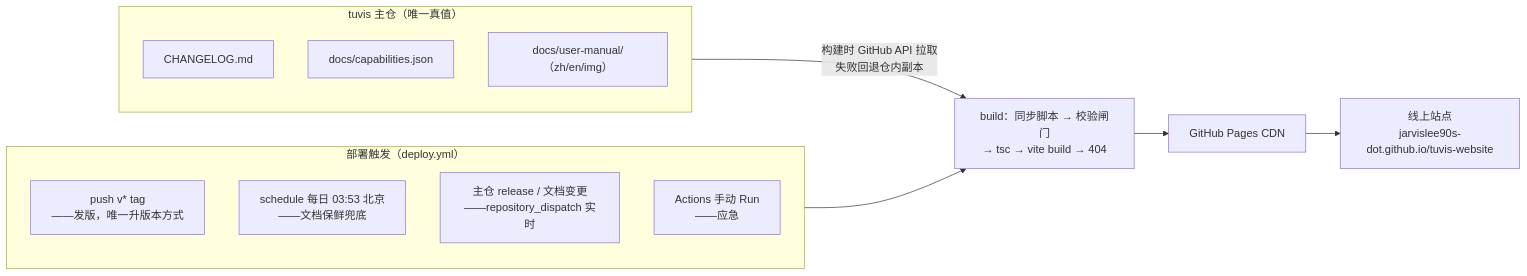
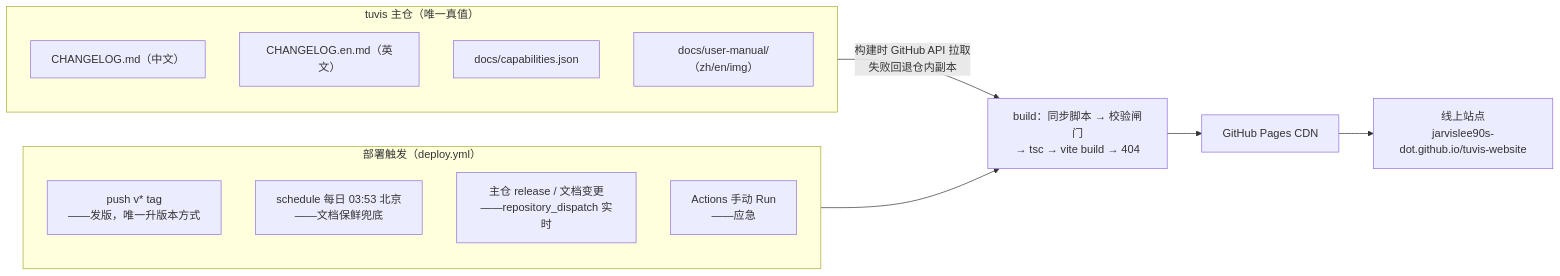
The diagram in README.md (jarvislee90s-dot/tuvis-website), drawn with Mermaid before and after one commit. The commit also changed other lines of this file and 16 other files, not shown here.

````diff
--- a/README.md
+++ b/README.md
@@ -29,18 +29,19 @@
 ```mermaid
 flowchart LR
     subgraph SRC["tuvis 主仓（唯一真值）"]
-        A["CHANGELOG.md"]
+        A["CHANGELOG.md（中文）"]
+        A2["CHANGELOG.en.md（英文）"]
         B["docs/capabilities.json"]
         C["docs/user-manual/（zh/en/img）"]
     end
     subgraph TRIG["部署触发（deploy.yml）"]
         T1["push v* tag<br>——发版，唯一升版本方式"]
         T2["schedule 每日 03:53 北京<br>——文档保鲜兜底"]
         T3["主仓 release / 文档变更<br>——repository_dispatch 实时"]
         T4["Actions 手动 Run<br>——应急"]
     end
     SRC -->|"构建时 GitHub API 拉取<br>失败回退仓内副本"| BUILD
     TRIG --> BUILD["build：同步脚本 → 校验闸门<br>→ tsc → vite build → 404"]
     BUILD --> PAGES["GitHub Pages CDN"]
     PAGES --> SITE["线上站点<br>jarvislee90s-dot.github.io/tuvis-website"]
 ```
````
